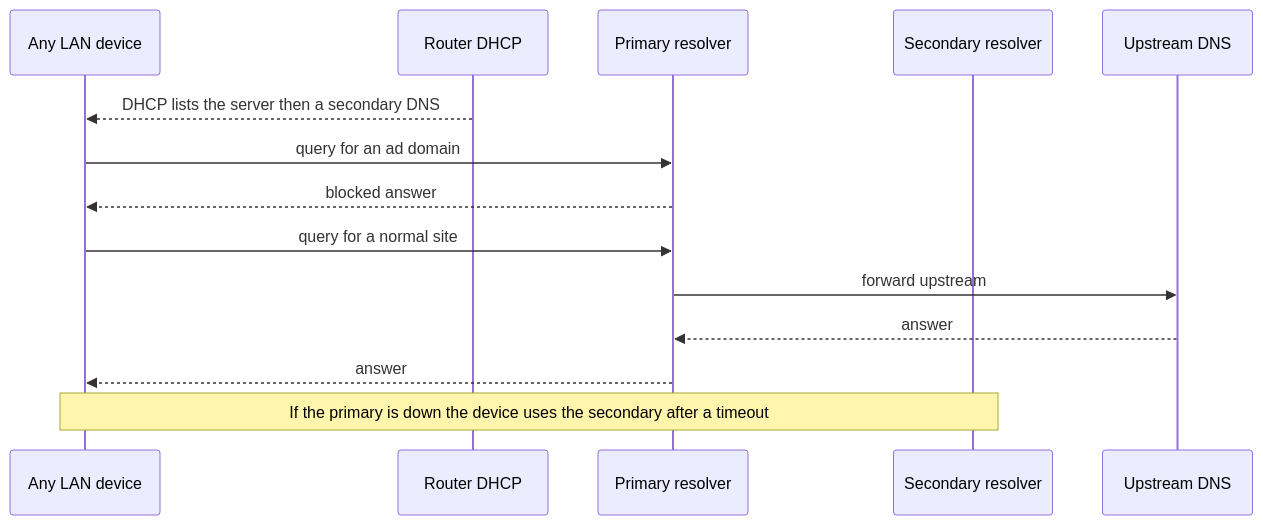
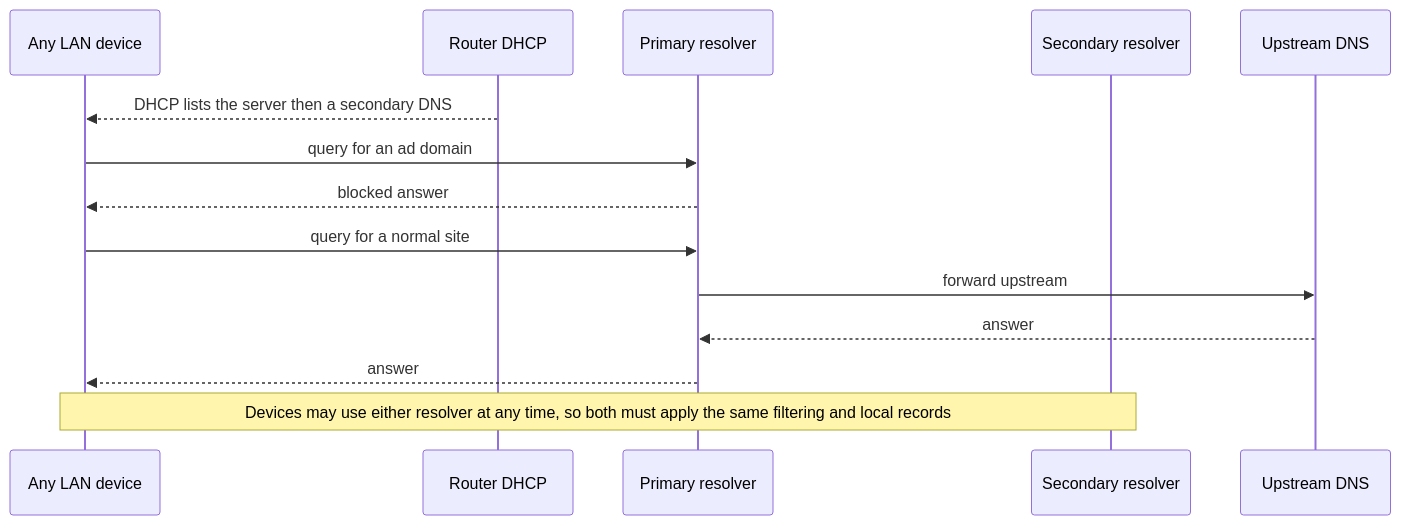
The ninth of 11 diagrams in docs/01-architecture.md (MEDHUN17/dharane), drawn with Mermaid before and after one commit. The commit also changed 8 other files, not shown here.

````diff
--- a/docs/01-architecture.md
+++ b/docs/01-architecture.md
@@ -210,16 +210,16 @@
 ```mermaid
 sequenceDiagram
   participant Dev as Any LAN device
   participant Router as Router DHCP
   participant A as Primary resolver
   participant B as Secondary resolver
   participant Up as Upstream DNS
   Router-->>Dev: DHCP lists the server then a secondary DNS
   Dev->>A: query for an ad domain
   A-->>Dev: blocked answer
   Dev->>A: query for a normal site
   A->>Up: forward upstream
   Up-->>A: answer
   A-->>Dev: answer
-  Note over Dev,B: If the primary is down the device uses the secondary after a timeout
+  Note over Dev,B: Devices may use either resolver at any time, so both must apply the same filtering and local records
 ```
````
